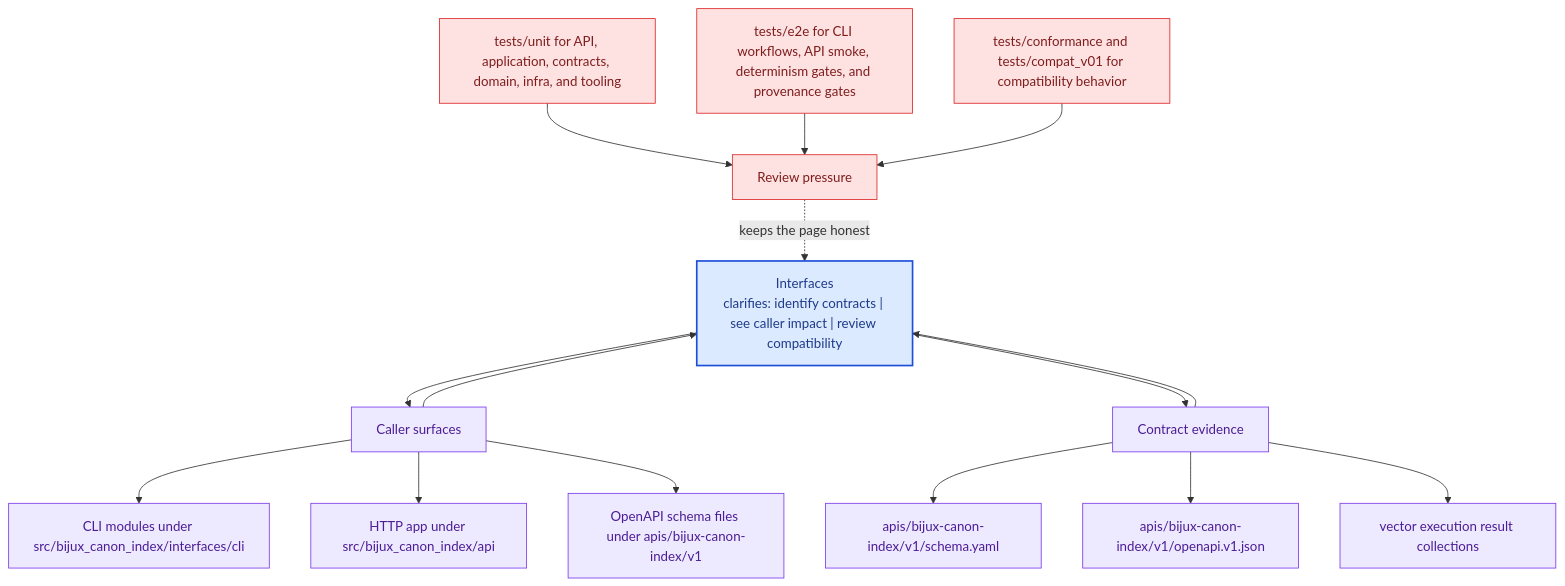
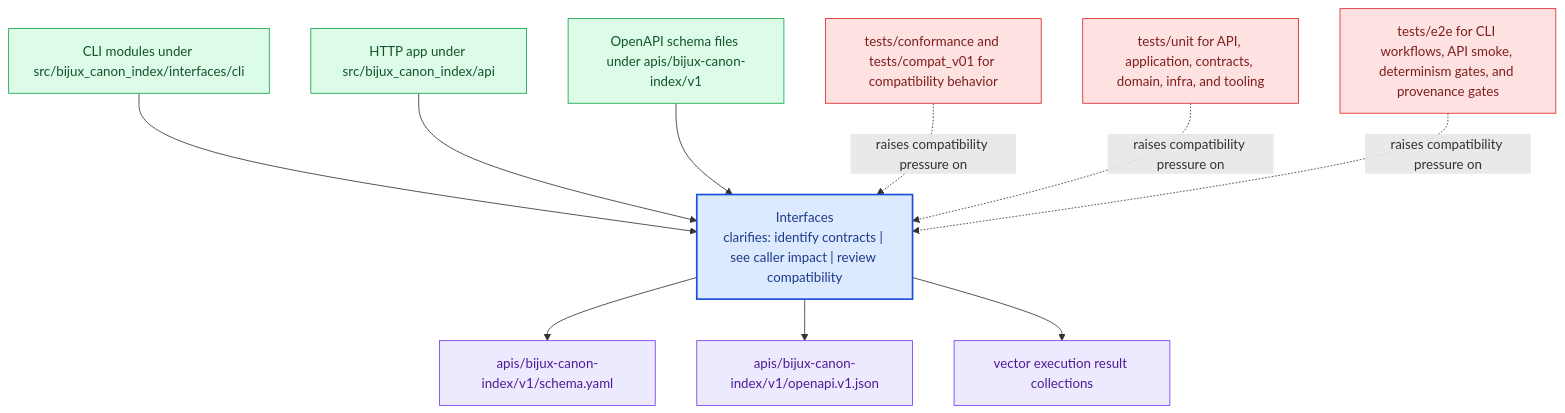
One commit to bijux/bijux-canon changed the diagram in docs/bijux-canon-index/interfaces/index.md. Above: the diagram before and after it, drawn with Mermaid. The commit also changed other lines of this file and 281 other files, not shown here.

Commit message:
docs(diagrams): replace repeated mermaid scaffolds with page-specific summaries

````diff
--- a/docs/bijux-canon-index/interfaces/index.md
+++ b/docs/bijux-canon-index/interfaces/index.md
@@ -65,41 +20,31 @@
 ```mermaid
 flowchart TB
-    promise["Interfaces<br/>clarifies: identify contracts | see caller impact | review compatibility"]
-    classDef promise fill:#dbeafe,stroke:#1d4ed8,color:#1e3a8a,stroke-width:2px;
-    classDef driver fill:#dcfce7,stroke:#16a34a,color:#14532d;
-    classDef constraint fill:#fee2e2,stroke:#dc2626,color:#7f1d1d;
-    classDef ground fill:#ede9fe,stroke:#7c3aed,color:#4c1d95;
-    focus1["Caller surfaces"]
-    focus1 --> promise
-    promise --> focus1
-    focus1_1["CLI modules under src/bijux_canon_index/interfaces/cli"]
-    focus1 --> focus1_1
-    focus1_2["HTTP app under src/bijux_canon_index/api"]
-    focus1 --> focus1_2
-    focus1_3["OpenAPI schema files under apis/bijux-canon-index/v1"]
-    focus1 --> focus1_3
-    class focus1 ground;
-    class focus1_1,focus1_2,focus1_3 ground;
-    focus2["Contract evidence"]
-    focus2 --> promise
-    promise --> focus2
-    focus2_1["apis/bijux-canon-index/v1/schema.yaml"]
-    focus2 --> focus2_1
-    focus2_2["apis/bijux-canon-index/v1/openapi.v1.json"]
-    focus2 --> focus2_2
-    focus2_3["vector execution result collections"]
-    focus2 --> focus2_3
-    class focus2 ground;
-    class focus2_1,focus2_2,focus2_3 ground;
-    focus3["Review pressure"]
-    focus3 -.keeps the page honest.-> promise
-    focus3_1["tests/unit for API, application, contracts, domain, infra, and tooling"]
-    focus3_1 --> focus3
-    focus3_2["tests/e2e for CLI workflows, API smoke, determinism gates, and provenance gates"]
-    focus3_2 --> focus3
-    focus3_3["tests/conformance and tests/compat_v01 for compatibility behavior"]
-    focus3_3 --> focus3
-    class focus3 constraint;
-    class focus3_1,focus3_2,focus3_3 constraint;
-    class promise promise;
+    page["Interfaces<br/>clarifies: identify contracts | see caller impact | review compatibility"]
+    classDef page fill:#dbeafe,stroke:#1d4ed8,color:#1e3a8a,stroke-width:2px;
+    classDef positive fill:#dcfce7,stroke:#16a34a,color:#14532d;
+    classDef caution fill:#fee2e2,stroke:#dc2626,color:#7f1d1d;
+    classDef anchor fill:#ede9fe,stroke:#7c3aed,color:#4c1d95;
+    classDef action fill:#fef3c7,stroke:#d97706,color:#7c2d12;
+    surface1["CLI modules under src/bijux_canon_index/interfaces/cli"]
+    surface1 --> page
+    surface2["HTTP app under src/bijux_canon_index/api"]
+    surface2 --> page
+    surface3["OpenAPI schema files under apis/bijux-canon-index/v1"]
+    surface3 --> page
+    proof1["apis/bijux-canon-index/v1/schema.yaml"]
+    page --> proof1
+    proof2["apis/bijux-canon-index/v1/openapi.v1.json"]
+    page --> proof2
+    proof3["vector execution result collections"]
+    page --> proof3
+    review1["tests/conformance and tests/compat_v01 for compatibility behavior"]
+    review1 -.raises compatibility pressure on.-> page
+    review2["tests/unit for API, application, contracts, domain, infra, and tooling"]
+    review2 -.raises compatibility pressure on.-> page
+    review3["tests/e2e for CLI workflows, API smoke, determinism gates, and provenance gates"]
+    review3 -.raises compatibility pressure on.-> page
+    class page page;
+    class surface1,surface2,surface3 positive;
+    class proof1,proof2,proof3 anchor;
+    class review1,review2,review3 caution;
 ```
````
